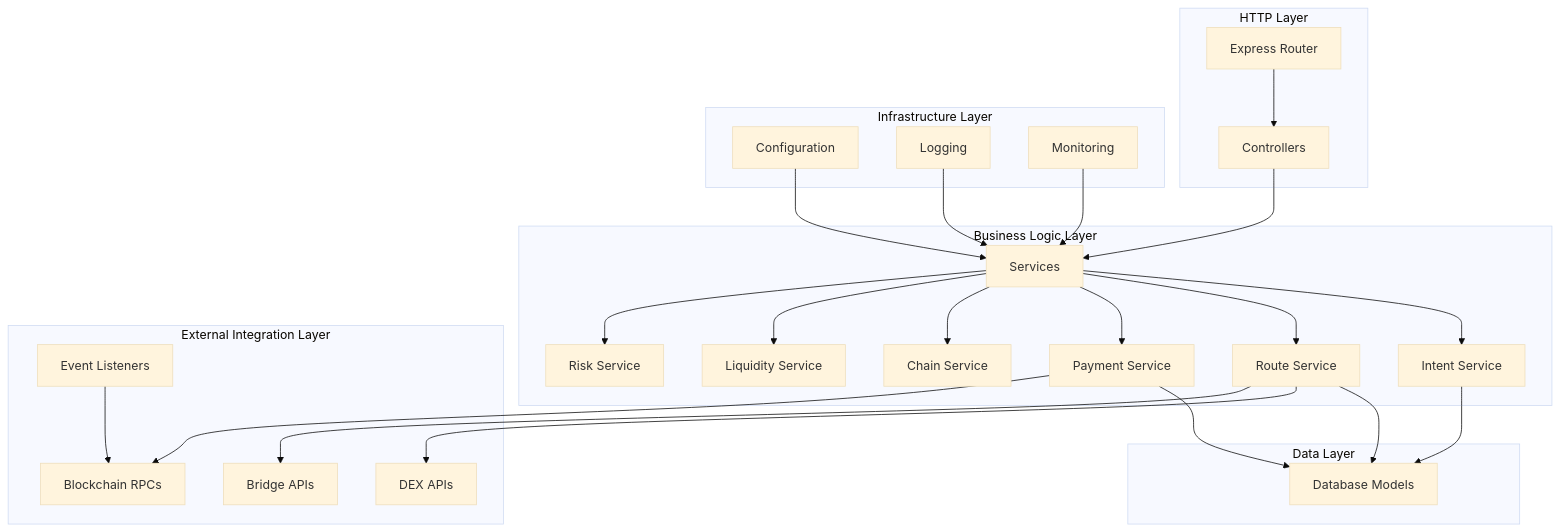
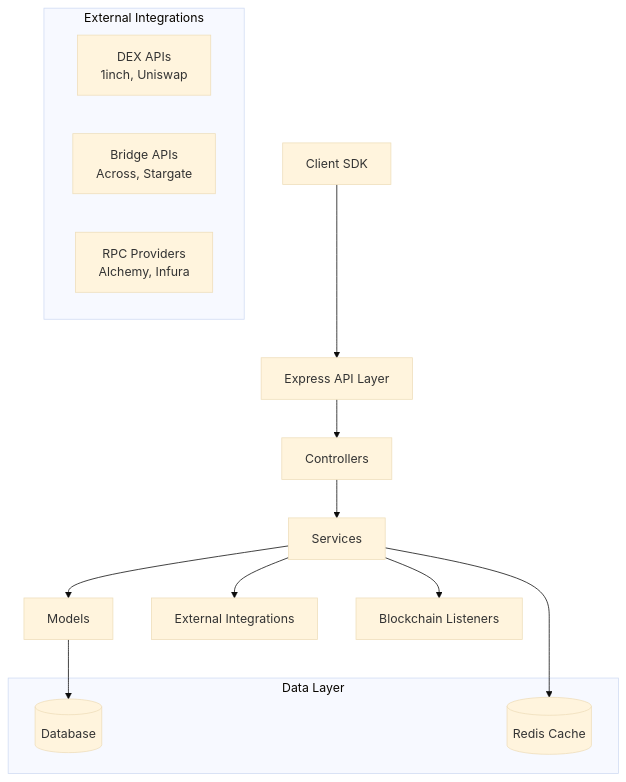
Before and after one commit to OWK50GA/Griffin: the diagram in .kiro/specs/griffin-orchestrator/design.md, drawn with Mermaid (base theme). The commit also changed other lines of this file and 57 other files, not shown here.

````diff
--- a/.kiro/specs/griffin-orchestrator/design.md
+++ b/.kiro/specs/griffin-orchestrator/design.md
@@ -21,35 +13,23 @@
 ```mermaid
 graph TB
-    subgraph "HTTP Layer"
-        A[Express Router] --> B[Controllers]
-    end
+    SDK[Client SDK] --> API[Express API Layer]
+    API --> Controller[Controllers]
+    Controller --> Service[Services]
+    Service --> Model[Models]
+    Service --> External[External Integrations]
+    Service --> Blockchain[Blockchain Listeners]
     
-    subgraph "Business Logic Layer"
-        B --> C[Services]
-        C --> D[Intent Service]
-        C --> E[Route Service]
-        C --> F[Payment Service]
-        C --> G[Chain Service]
-        C --> H[Liquidity Service]
-        C --> I[Risk Service]
+    subgraph "External Integrations"
+        DEX[DEX APIs<br/>1inch, Uniswap]
+        Bridge[Bridge APIs<br/>Across, Stargate]
+        RPC[RPC Providers<br/>Alchemy, Infura]
     end
     
     subgraph "Data Layer"
-        D --> J[Database Models]
-        E --> J
-        F --> J
+        DB[(Database)]
+        Cache[(Redis Cache)]
     end
     
-    subgraph "External Integration Layer"
-        E --> K[DEX APIs]
-        E --> L[Bridge APIs]
-        F --> M[Blockchain RPCs]
-        N[Event Listeners] --> M
-    end
-    
-    subgraph "Infrastructure Layer"
-        O[Configuration] --> C
-        P[Logging] --> C
-        Q[Monitoring] --> C
-    end
+    Model --> DB
+    Service --> Cache
 ```
````
